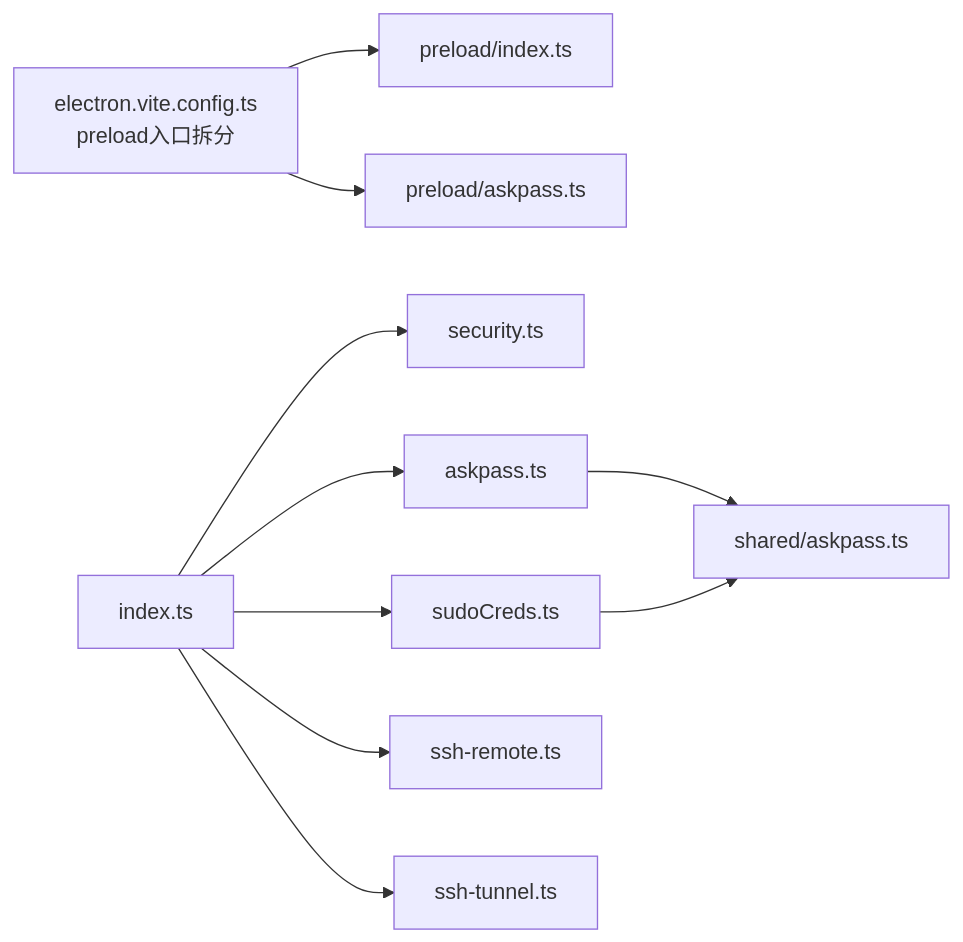
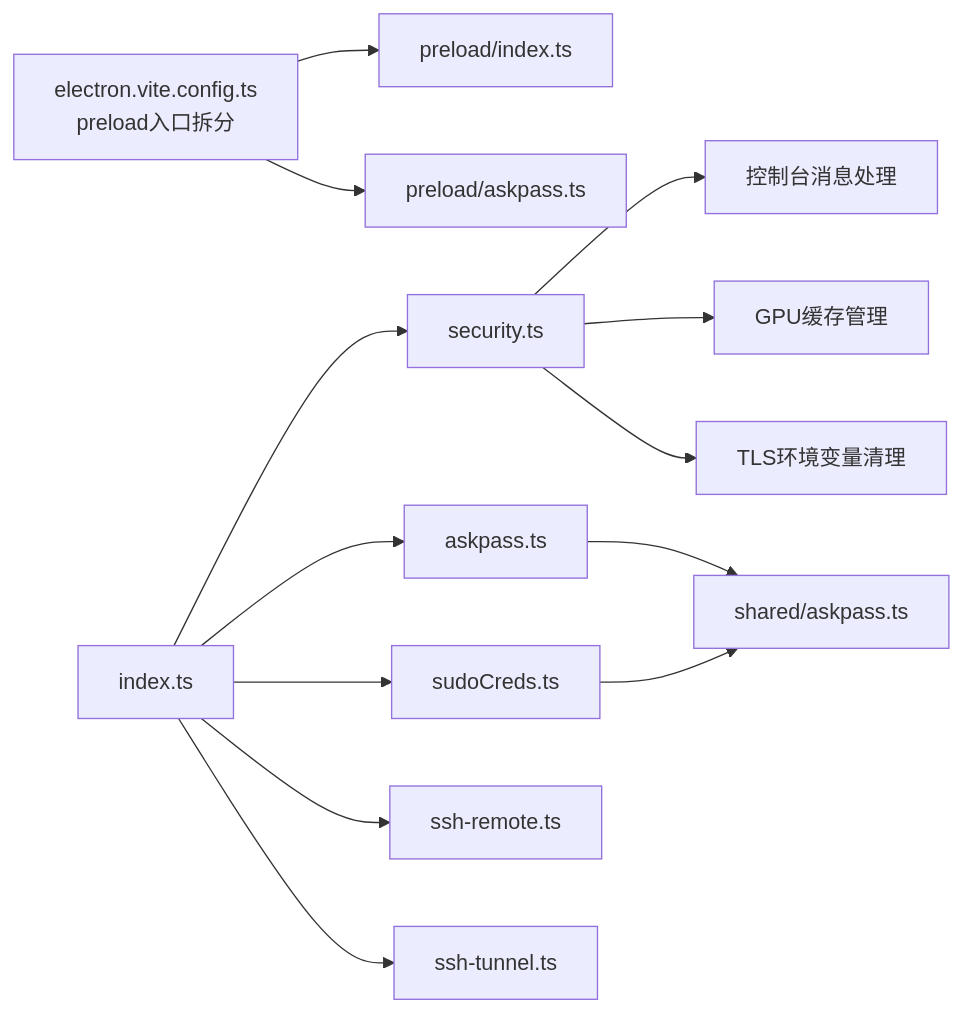
The seventh of 7 diagrams in .qoder/repowiki/zh/content/架构设计/安全架构.md (HDbright/hermes-desktop), drawn with Mermaid before and after one commit. The commit also changed other lines of this file and 15 other files, not shown here.

````diff
--- a/.qoder/repowiki/zh/content/架构设计/安全架构.md
+++ b/.qoder/repowiki/zh/content/架构设计/安全架构.md
@@ -282,12 +344,15 @@
 ```mermaid
 graph LR
 VITE["electron.vite.config.ts<br/>preload入口拆分"] --> PREIDX["preload/index.ts"]
 VITE --> PREASK["preload/askpass.ts"]
 IDX["index.ts"] --> SEC["security.ts"]
 IDX --> ASK["askpass.ts"]
 IDX --> SUDOC["sudoCreds.ts"]
 IDX --> SSHREM["ssh-remote.ts"]
 IDX --> SSHTUN["ssh-tunnel.ts"]
 ASK --> SHARED["shared/askpass.ts"]
 SUDOC --> SHARED
+SEC --> ConsoleMsg["控制台消息处理"]
+SEC --> GPUCache["GPU缓存管理"]
+SEC --> TLSCleanup["TLS环境变量清理"]
 ```
````
